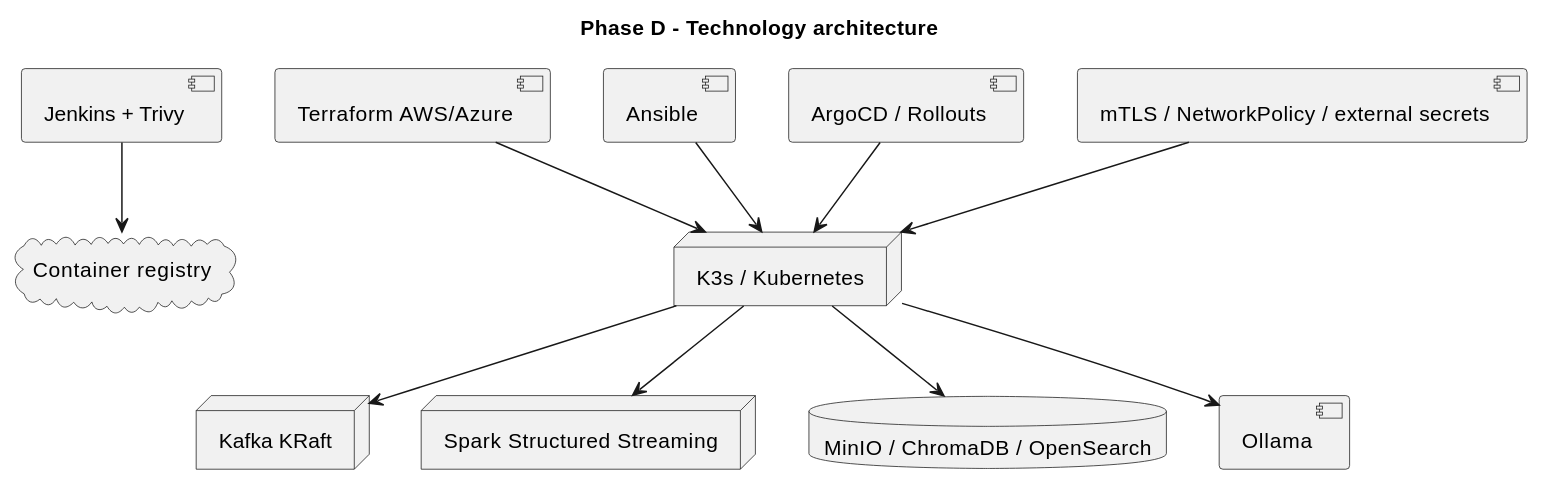
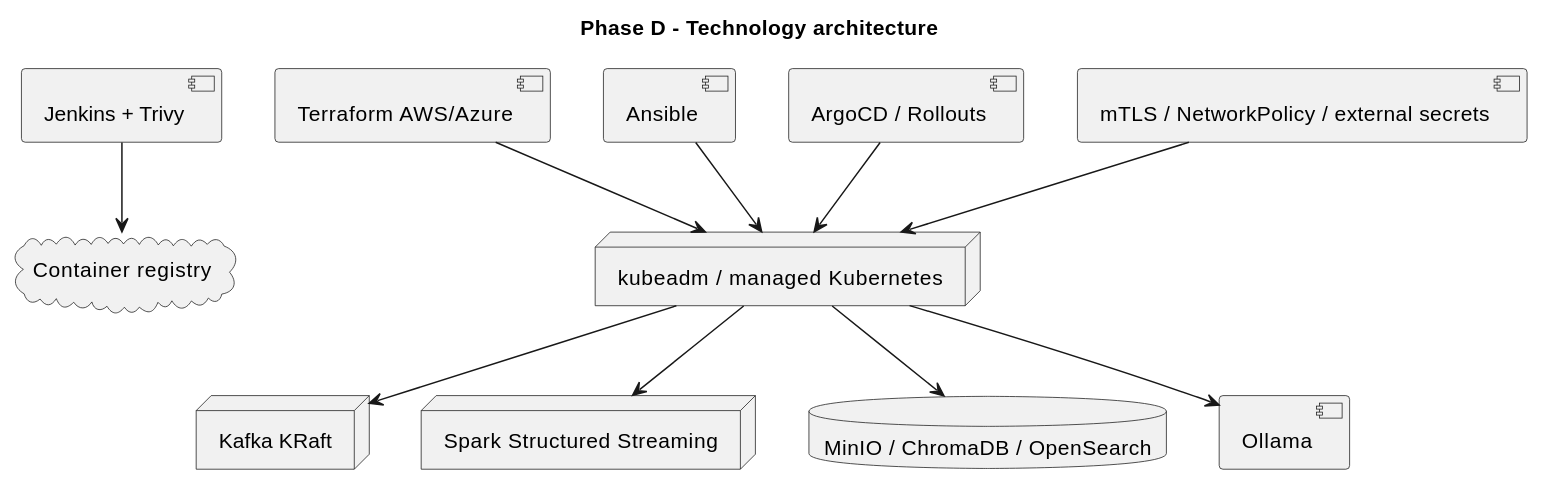
Before and after one commit to amazen33/omni-stream-RAG-mesh: the eighth of 12 diagrams in docs/TOGAF_Architecture_Definition.md, drawn with PlantUML. The commit also changed other lines of this file, not shown here.

Commit message:
Update docs/TOGAF_Architecture_Definition.md - 2026-09-19 18:17

````diff
--- a/docs/TOGAF_Architecture_Definition.md
+++ b/docs/TOGAF_Architecture_Definition.md
@@ -265,25 +267,25 @@
 ```plantuml
 @startuml
 title Phase D - Technology architecture
 component "Jenkins + Trivy" as ci
 cloud "Container registry" as registry
 component "Terraform AWS/Azure" as terraform
 component "Ansible" as ansible
 component "ArgoCD / Rollouts" as argo
-node "K3s / Kubernetes" as k8s
+node "kubeadm / managed Kubernetes" as k8s
 node "Kafka KRaft" as kafka
 node "Spark Structured Streaming" as spark
 database "MinIO / ChromaDB / OpenSearch" as data
 component "Ollama" as ollama
 component "mTLS / NetworkPolicy / external secrets" as trust
 ci --> registry
 terraform --> k8s
 ansible --> k8s
 argo --> k8s
 k8s --> kafka
 k8s --> spark
 k8s --> data
 k8s --> ollama
 trust --> k8s
 @enduml
 ```
````
